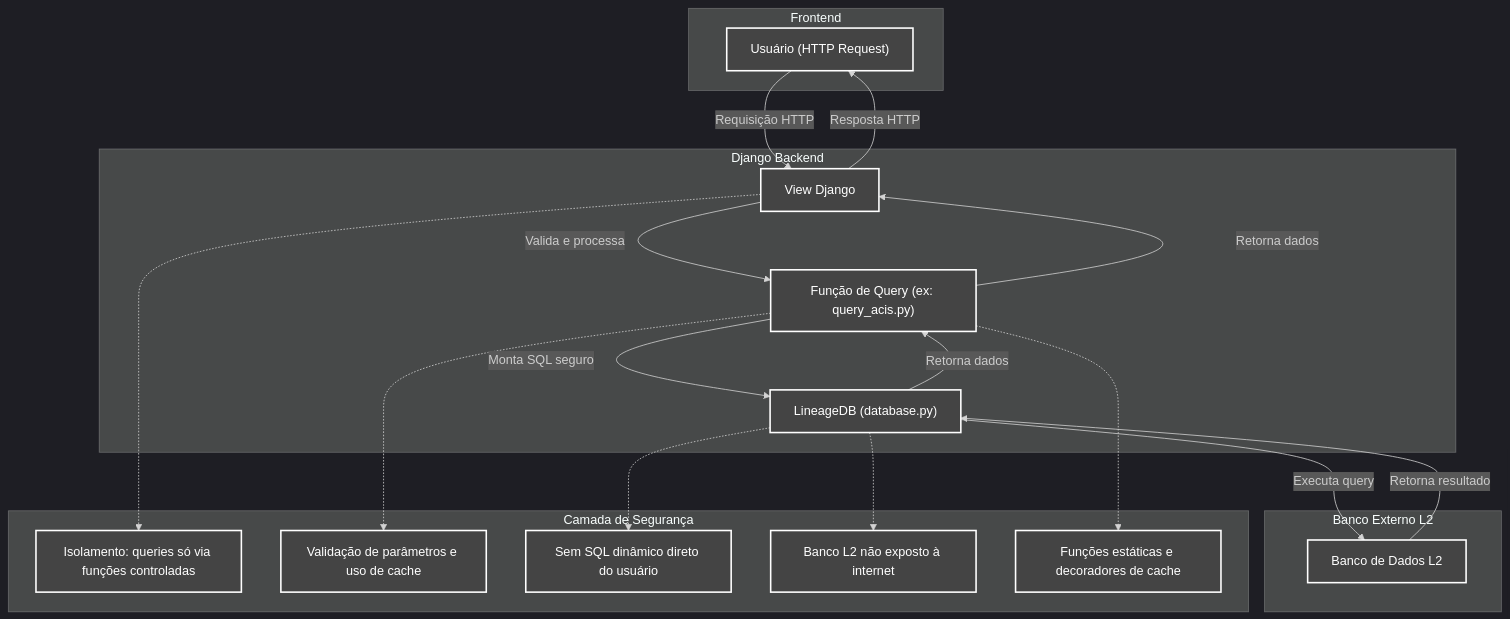
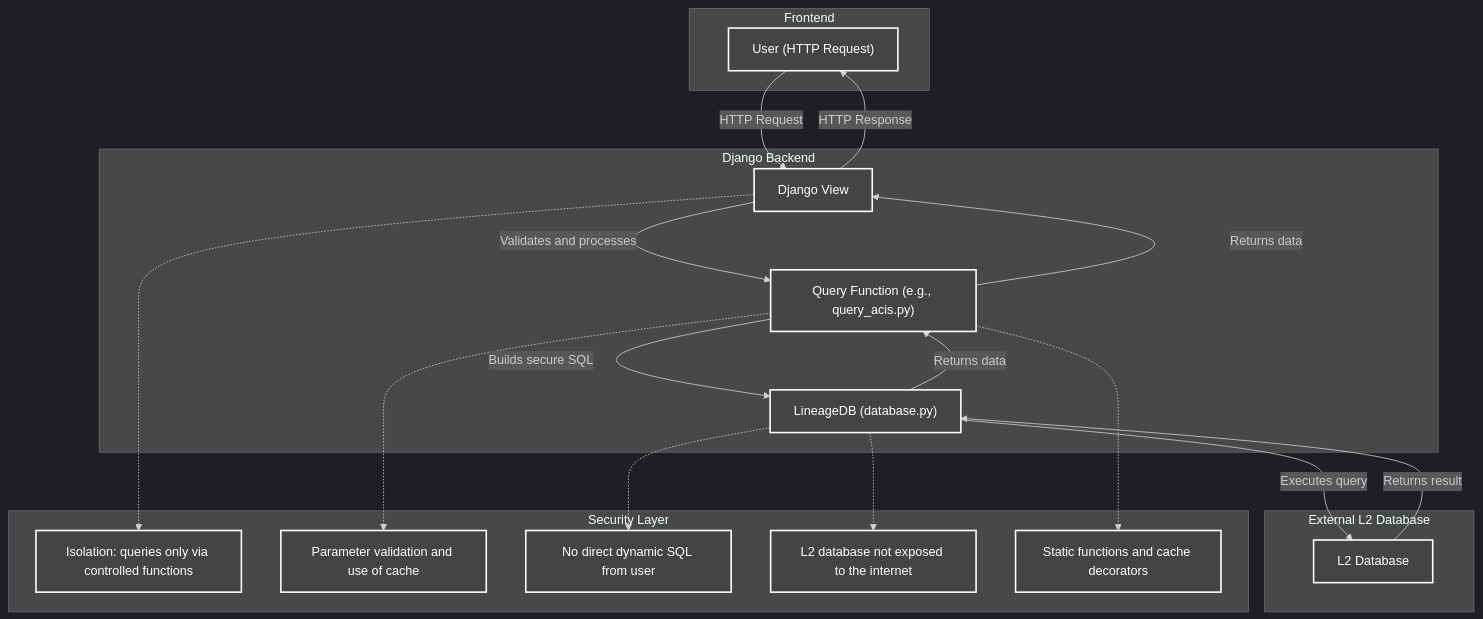
One commit to jacksonfelipe/lineage changed the diagram in docs/DJANGO_L2_SECURITY_MODEL.md. Above: the diagram before and after it, drawn with Mermaid. The commit also changed other lines of this file and 18 other files, not shown here.

````diff
--- a/docs/DJANGO_L2_SECURITY_MODEL.md
+++ b/docs/DJANGO_L2_SECURITY_MODEL.md
@@ -3,43 +3,43 @@
 ```mermaid
 flowchart TD
     subgraph "Frontend"
-        A["Usuário (HTTP Request)"]
+        A["User (HTTP Request)"]
     end
     subgraph "Django Backend"
-        B["View Django"]
-        C["Função de Query (ex: query_acis.py)"]
+        B["Django View"]
+        C["Query Function (e.g., query_acis.py)"]
         D["LineageDB (database.py)"]
     end
-    subgraph "Banco Externo L2"
-        E["Banco de Dados L2"]
+    subgraph "External L2 Database"
+        E["L2 Database"]
     end
 
-    A -->|"Requisição HTTP"| B
-    B -->|"Valida e processa"| C
-    C -->|"Monta SQL seguro"| D
-    D -->|"Executa query"| E
-    E -->|"Retorna resultado"| D
-    D -->|"Retorna dados"| C
-    C -->|"Retorna dados"| B
-    B -->|"Resposta HTTP"| A
+    A -->|"HTTP Request"| B
+    B -->|"Validates and processes"| C
+    C -->|"Builds secure SQL"| D
+    D -->|"Executes query"| E
+    E -->|"Returns result"| D
+    D -->|"Returns data"| C
+    C -->|"Returns data"| B
+    B -->|"HTTP Response"| A
 
-    %% Segurança
-    subgraph "Camada de Segurança"
-        S1["Isolamento: queries só via funções controladas"]
-        S2["Validação de parâmetros e uso de cache"]
-        S3["Sem SQL dinâmico direto do usuário"]
-        S4["Banco L2 não exposto à internet"]
-        S5["Funções estáticas e decoradores de cache"]
+    %% Security
+    subgraph "Security Layer"
+        S1["Isolation: queries only via controlled functions"]
+        S2["Parameter validation and use of cache"]
+        S3["No direct dynamic SQL from user"]
+        S4["L2 database not exposed to the internet"]
+        S5["Static functions and cache decorators"]
     end
 
     B -.-> S1
     C -.-> S2
     D -.-> S3
     D -.-> S4
     C -.-> S5
 
     classDef safe fill:#444,stroke:#fff,stroke-width:2px,color:#fff;
     class A,B,C,D,E,S1,S2,S3,S4,S5 safe;
-    %% Fundo do gráfico
+    %% Background of the graph
     %%{init: { 'theme': 'dark' }}%%
 ```
````
